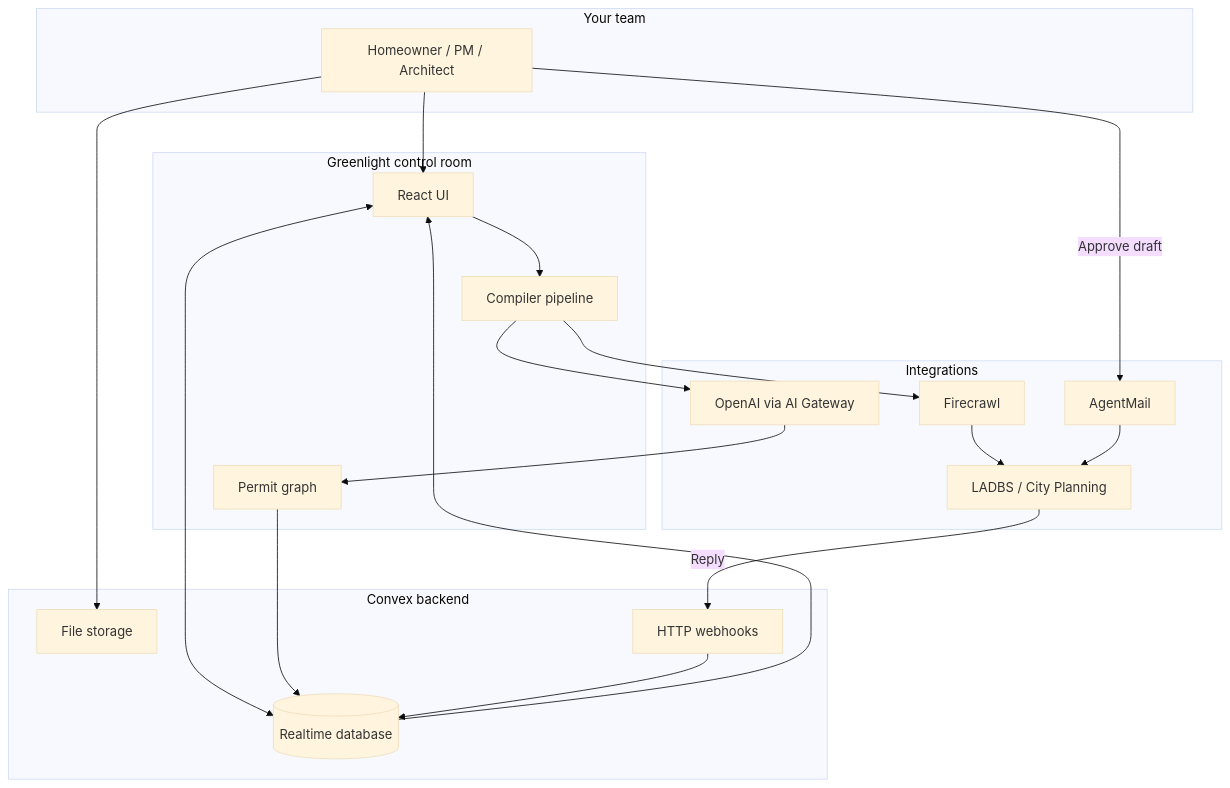
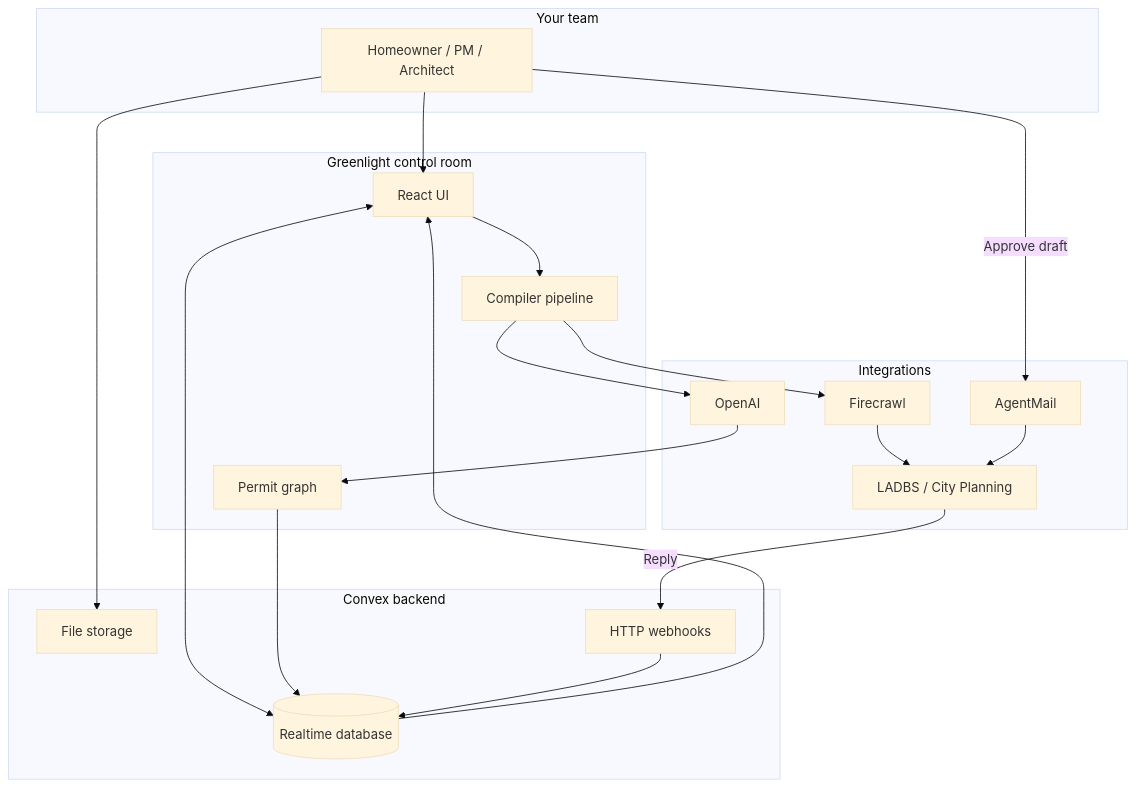
The diagram in README.md (AryanSaxenaa/greenlight), drawn with Mermaid (base theme) before and after one commit. The commit also changed other lines of this file and 10 other files, not shown here.

````diff
--- a/README.md
+++ b/README.md
@@ -124,40 +126,40 @@
 ```mermaid
 flowchart TB
   subgraph user["Your team"]
     U[Homeowner / PM / Architect]
   end
 
   subgraph greenlight["Greenlight control room"]
     UI[React UI]
     PG[Permit graph]
     CR[Compiler pipeline]
   end
 
   subgraph convex["Convex backend"]
     DB[(Realtime database)]
     FS[File storage]
     HTTP[HTTP webhooks]
   end
 
   subgraph external["Integrations"]
     FC[Firecrawl]
-    OAI[OpenAI via AI Gateway]
+    OAI[OpenAI]
     AM[AgentMail]
     LA[LADBS / City Planning]
   end
 
   U --> UI
   UI <--> DB
   UI --> CR
   CR --> FC
   FC --> LA
   CR --> OAI
   OAI --> PG
   PG --> DB
   U --> FS
   U -->|Approve draft| AM
   AM --> LA
   LA -->|Reply| HTTP
   HTTP --> DB
   DB --> UI
 ```
````
